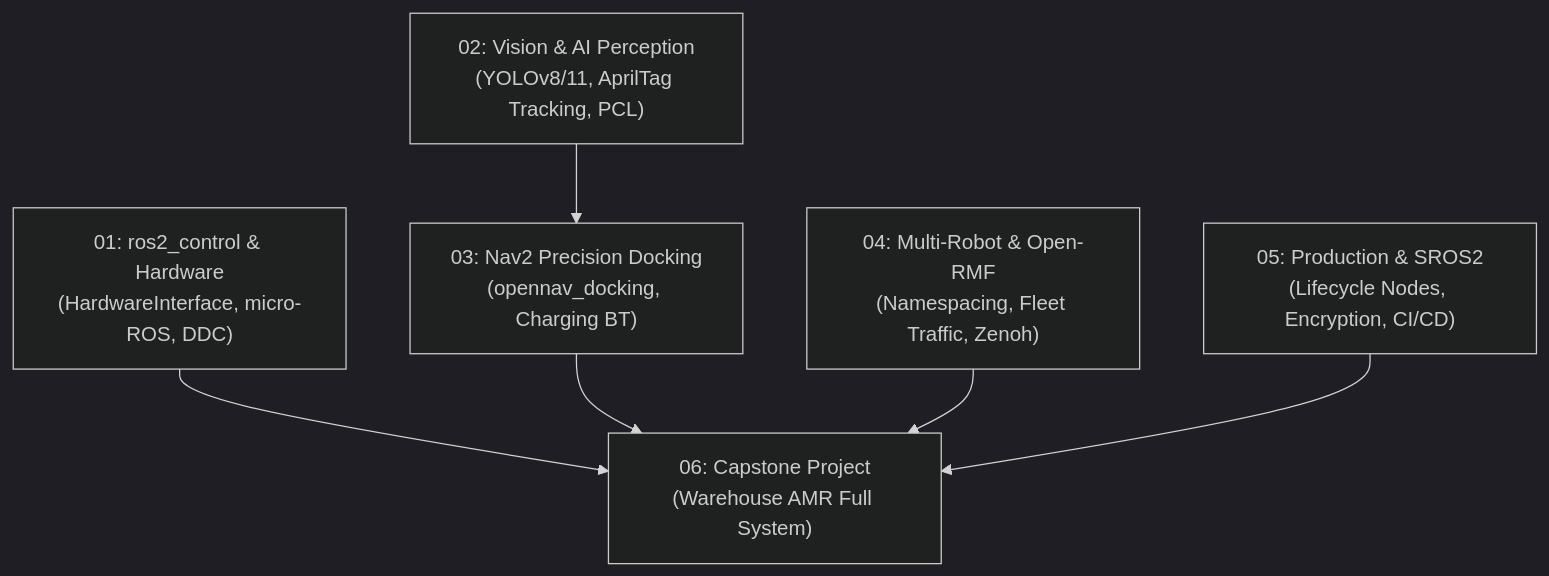
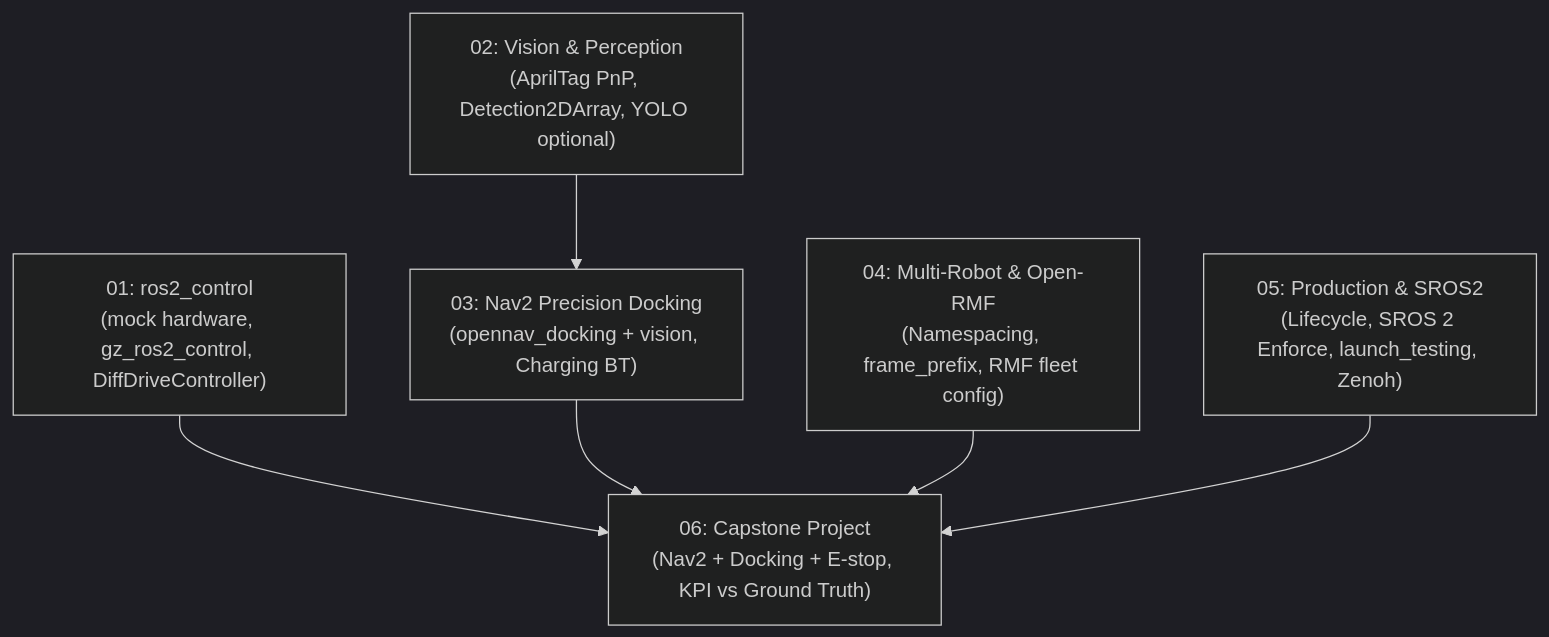
Before and after one commit to alfaXphoori/ros2: the diagram in Advanced_ROS/README.md, drawn with Mermaid (dark theme). The commit also changed other lines of this file and 425 other files, not shown here.

````diff
--- a/Advanced_ROS/README.md
+++ b/Advanced_ROS/README.md
@@ -12,15 +15,15 @@
 ```mermaid
 flowchart TD
-    M1["01: ros2_control & Hardware<br>(HardwareInterface, micro-ROS, DDC)"]
-    M2["02: Vision & AI Perception<br>(YOLOv8/11, AprilTag Tracking, PCL)"]
-    M3["03: Nav2 Precision Docking<br>(opennav_docking, Charging BT)"]
-    M4["04: Multi-Robot & Open-RMF<br>(Namespacing, Fleet Traffic, Zenoh)"]
-    M5["05: Production & SROS2<br>(Lifecycle Nodes, Encryption, CI/CD)"]
-    M6["06: Capstone Project<br>(Warehouse AMR Full System)"]
+    M1["01: ros2_control<br>(mock hardware, gz_ros2_control, DiffDriveController)"]
+    M2["02: Vision & Perception<br>(AprilTag PnP, Detection2DArray, YOLO optional)"]
+    M3["03: Nav2 Precision Docking<br>(opennav_docking + vision, Charging BT)"]
+    M4["04: Multi-Robot & Open-RMF<br>(Namespacing, frame_prefix, RMF fleet config)"]
+    M5["05: Production & SROS2<br>(Lifecycle, SROS 2 Enforce, launch_testing, Zenoh)"]
+    M6["06: Capstone Project<br>(Nav2 + Docking + E-stop, KPI vs Ground Truth)"]
 
     M1 --> M6
     M2 --> M3
     M3 --> M6
     M4 --> M6
     M5 --> M6
 ```
````
